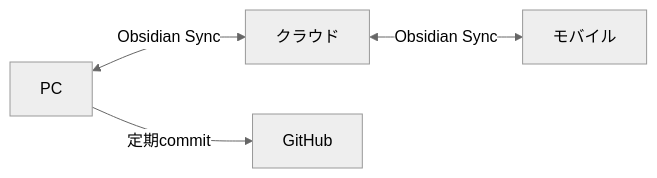
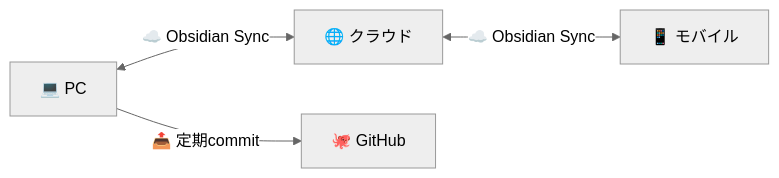
One commit to ayies128/obsidian_presentation changed the diagram in documents/12_obsidian_sync.md. Above: the diagram before and after it, drawn with Mermaid (neutral theme). The commit also changed other lines of this file and 14 other files, not shown here.

````diff
--- a/documents/12_obsidian_sync.md
+++ b/documents/12_obsidian_sync.md
@@ -54,6 +54,6 @@
 ```mermaid
 graph LR
-    A[PC] <-->|Obsidian Sync| B[クラウド]
-    B <-->|Obsidian Sync| C[モバイル]
-    A -->|定期commit| D[GitHub]
+    A[💻 PC] <-->|☁️ Obsidian Sync| B[🌐 クラウド]
+    B <-->|☁️ Obsidian Sync| C[📱 モバイル]
+    A -->|📤 定期commit| D[🐙 GitHub]
 ```
````
